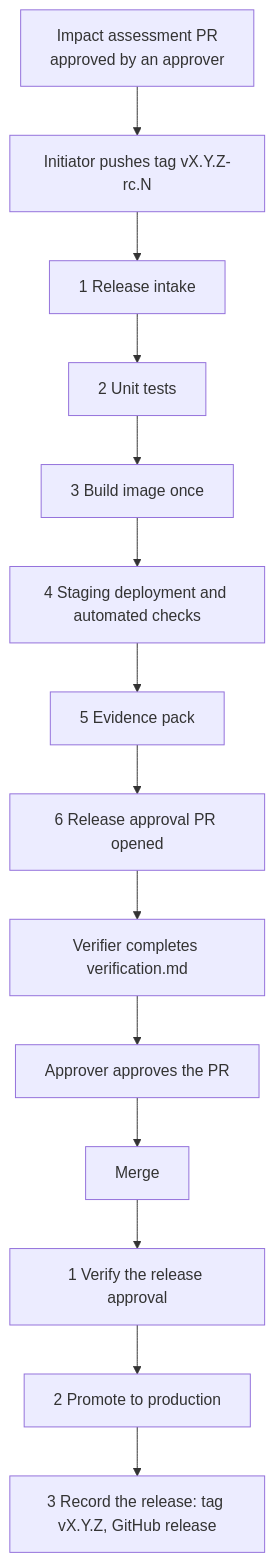
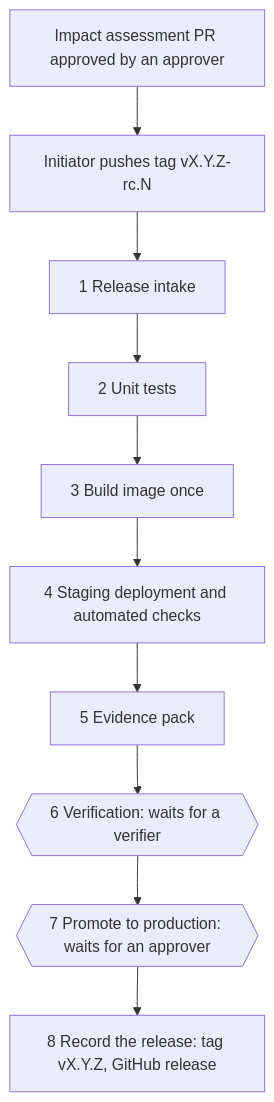
Before and after one commit to Kriss-test-org/gxp-devops-framework: the diagram in docs/design.md, drawn with Mermaid. The commit also changed other lines of this file and 5 other files, not shown here.

First line of the commit message:
Single release run with verification and production gates (v0.1.0-beta.2)

````diff
--- a/docs/design.md
+++ b/docs/design.md
@@ -67,16 +70,12 @@
 ```mermaid
 flowchart TD
-    A[Impact assessment PR<br/>approved by an approver] --> B[Initiator pushes tag vX.Y.Z-rc.N]
+    A[Impact assessment PR approved by an approver] --> B[Initiator pushes tag vX.Y.Z-rc.N]
     B --> C[1 Release intake]
     C --> D[2 Unit tests]
     D --> E[3 Build image once]
     E --> F[4 Staging deployment and automated checks]
     F --> G[5 Evidence pack]
-    G --> H[6 Release approval PR opened]
-    H --> I[Verifier completes verification.md]
-    I --> J[Approver approves the PR]
-    J --> K[Merge]
-    K --> L[1 Verify the release approval]
-    L --> M[2 Promote to production]
-    M --> N[3 Record the release: tag vX.Y.Z, GitHub release]
+    G --> H{{6 Verification: waits for a verifier}}
+    H --> I{{7 Promote to production: waits for an approver}}
+    I --> J[8 Record the release: tag vX.Y.Z, GitHub release]
 ```
````
